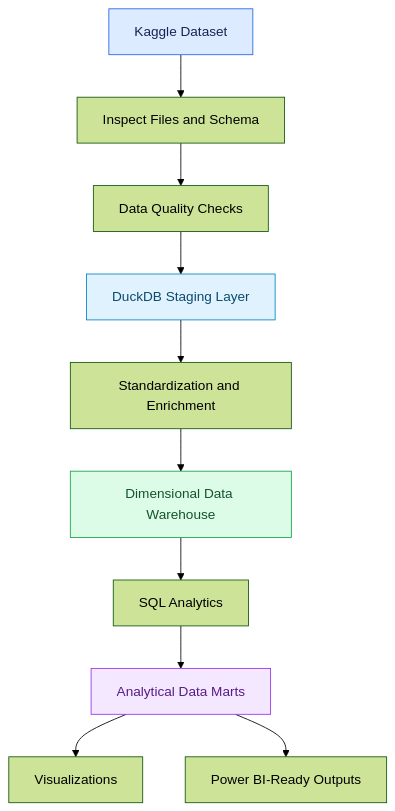
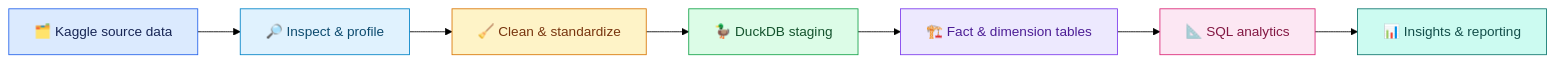
One commit to shubham-k-jha/E-Commerce-Data-Warehouse-Analytics changed the first of 3 diagrams in README.md. Above: the diagram before and after it, drawn with Mermaid (forest theme). The commit also changed other lines of this file, not shown here.

````diff
--- a/README.md
+++ b/README.md
@@ -103,17 +32,16 @@
 ```mermaid
-flowchart TD
-    A["Kaggle Dataset"] --> B["Inspect Files and Schema"]
-    B --> C["Data Quality Checks"]
-    C --> D["DuckDB Staging Layer"]
-    D --> E["Standardization and Enrichment"]
-    E --> F["Dimensional Data Warehouse"]
-    F --> G["SQL Analytics"]
-    G --> H["Analytical Data Marts"]
-    H --> I["Visualizations"]
-    H --> J["Power BI-Ready Outputs"]
-
-    style A fill:#DCEBFF,stroke:#2563EB,color:#172554
-    style D fill:#E0F2FE,stroke:#0284C7,color:#0C4A6E
-    style F fill:#DCFCE7,stroke:#16A34A,color:#14532D
-    style H fill:#F3E8FF,stroke:#9333EA,color:#581C87
+flowchart LR
+    A["🗂️ Kaggle source data"] --> B["🔎 Inspect & profile"]
+    B --> C["🧹 Clean & standardize"]
+    C --> D["🦆 DuckDB staging"]
+    D --> E["🏗️ Fact & dimension tables"]
+    E --> F["📐 SQL analytics"]
+    F --> G["📊 Insights & reporting"]
+    style A fill:#DBEAFE,stroke:#2563EB,color:#172554
+    style B fill:#E0F2FE,stroke:#0284C7,color:#0C4A6E
+    style C fill:#FEF3C7,stroke:#D97706,color:#78350F
+    style D fill:#DCFCE7,stroke:#16A34A,color:#14532D
+    style E fill:#EDE9FE,stroke:#7C3AED,color:#4C1D95
+    style F fill:#FCE7F3,stroke:#DB2777,color:#831843
+    style G fill:#CCFBF1,stroke:#0F766E,color:#134E4A
 ```
````
